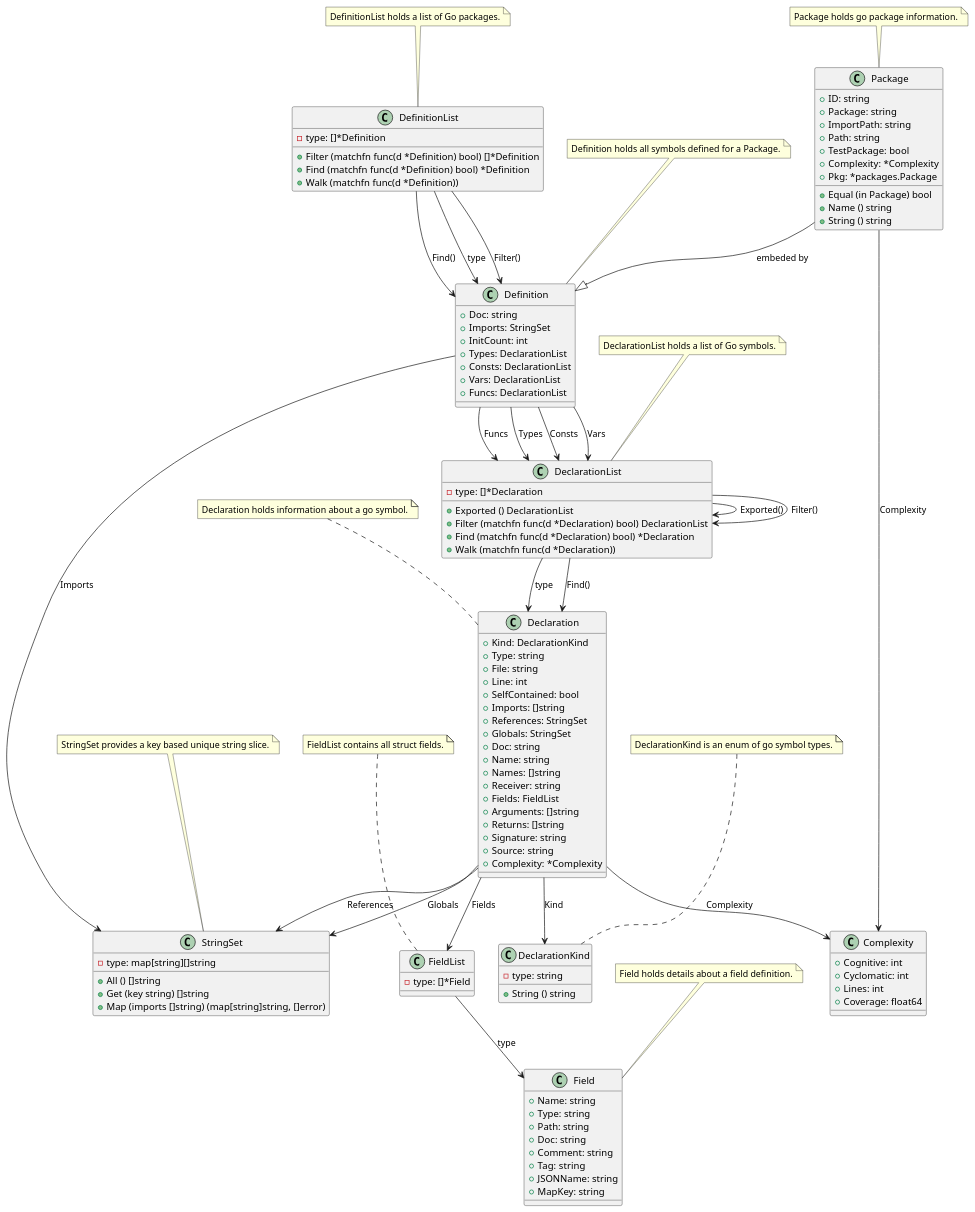
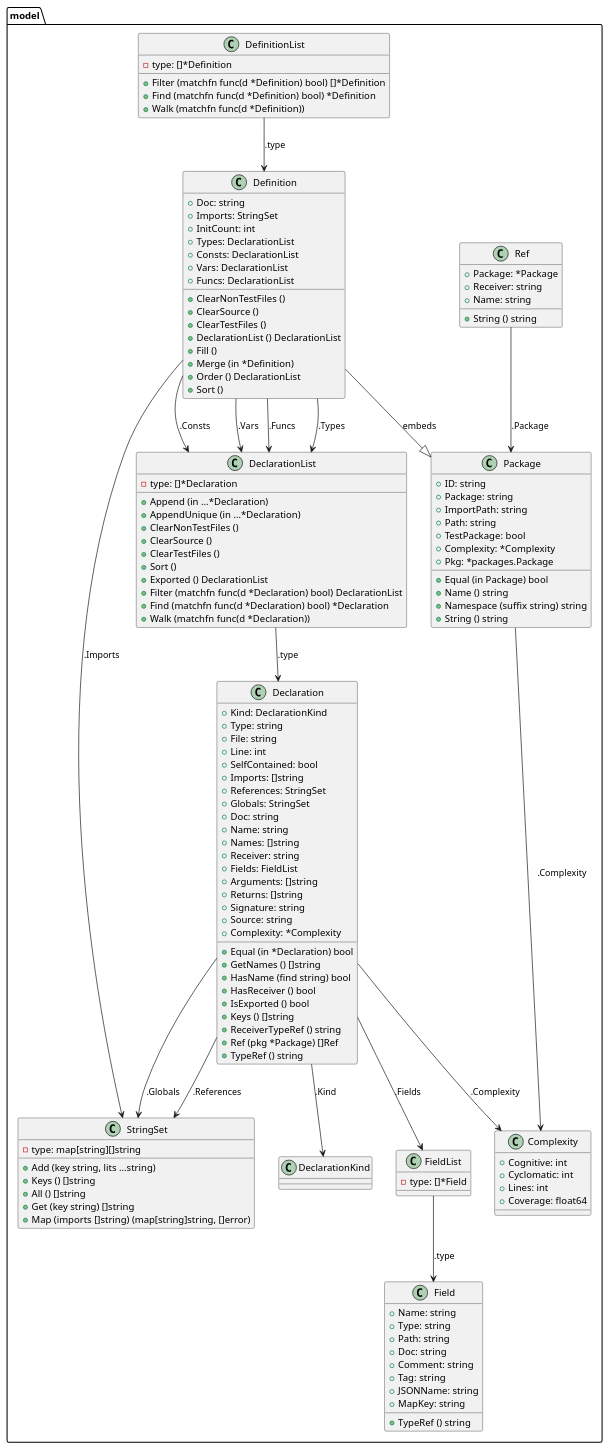
One commit to titpetric/exp changed the diagram in cmd/go-fsck/model/restored/go-fsck.puml. Above: the diagram before and after it, drawn with PlantUML. The commit also changed 29 other files, not shown here.

```diff
--- a/cmd/go-fsck/model/restored/go-fsck.puml
+++ b/cmd/go-fsck/model/restored/go-fsck.puml
@@ -1,172 +1,152 @@
 @startuml
 
-class Complexity {
+class "model.Complexity" {
   + Cognitive: int
   + Cyclomatic: int
   + Lines: int
   + Coverage: float64
 }
 
-class Declaration {
+class "model.Declaration" {
   + Kind: DeclarationKind
   + Type: string
   + File: string
   + Line: int
   + SelfContained: bool
   + Imports: []string
   + References: StringSet
   + Globals: StringSet
   + Doc: string
   + Name: string
   + Names: []string
   + Receiver: string
   + Fields: FieldList
   + Arguments: []string
   + Returns: []string
   + Signature: string
   + Source: string
   + Complexity: *Complexity
+  + Equal (in *Declaration) bool
+  + GetNames () []string
+  + HasName (find string) bool
+  + HasReceiver () bool
+  + IsExported () bool
+  + Keys () []string
+  + ReceiverTypeRef () string
+  + Ref (pkg *Package) []Ref
+  + TypeRef () string
 }
 
-class DeclarationKind {
-  - type: string
-  + String () string
-}
-
-class DeclarationList {
+class "model.DeclarationList" {
   - type: []*Declaration
+  + Append (in ...*Declaration)
+  + AppendUnique (in ...*Declaration)
+  + ClearNonTestFiles ()
+  + ClearSource ()
+  + ClearTestFiles ()
+  + Sort ()
   + Exported () DeclarationList
   + Filter (matchfn func(d *Declaration) bool) DeclarationList
   + Find (matchfn func(d *Declaration) bool) *Declaration
   + Walk (matchfn func(d *Declaration))
 }
 
-class Definition {
+class "model.Definition" {
   + Doc: string
   + Imports: StringSet
   + InitCount: int
   + Types: DeclarationList
   + Consts: DeclarationList
   + Vars: DeclarationList
   + Funcs: DeclarationList
+  + ClearNonTestFiles ()
+  + ClearSource ()
+  + ClearTestFiles ()
+  + DeclarationList () DeclarationList
+  + Fill ()
+  + Merge (in *Definition)
+  + Order () DeclarationList
+  + Sort ()
 }
 
-class DefinitionList {
+class "model.DefinitionList" {
   - type: []*Definition
   + Filter (matchfn func(d *Definition) bool) []*Definition
   + Find (matchfn func(d *Definition) bool) *Definition
   + Walk (matchfn func(d *Definition))
 }
 
-class Field {
+class "model.Field" {
   + Name: string
   + Type: string
   + Path: string
   + Doc: string
   + Comment: string
   + Tag: string
   + JSONName: string
   + MapKey: string
+  + TypeRef () string
 }
 
-class FieldList {
+class "model.FieldList" {
   - type: []*Field
 }
 
-class Package {
+class "model.Package" {
   + ID: string
   + Package: string
   + ImportPath: string
   + Path: string
   + TestPackage: bool
   + Complexity: *Complexity
   + Pkg: *packages.Package
   + Equal (in Package) bool
   + Name () string
+  + Namespace (suffix string) string
   + String () string
 }
 
-class StringSet {
+class "model.Ref" {
+  + Package: *Package
+  + Receiver: string
+  + Name: string
+  + String () string
+}
+
+class "model.StringSet" {
   - type: map[string][]string
+  + Add (key string, lits ...string)
+  + Keys () []string
   + All () []string
   + Get (key string) []string
   + Map (imports []string) (map[string]string, []error)
 }
 
 
-Declaration --> DeclarationKind : Kind
-Declaration --> StringSet : References
-Declaration --> StringSet : Globals
-Declaration --> FieldList : Fields
-Declaration --> Complexity : Complexity
+"model.Declaration" --> "model.DeclarationKind" : .Kind
+"model.Declaration" --> "model.StringSet" : .References
+"model.Declaration" --> "model.StringSet" : .Globals
+"model.Declaration" --> "model.FieldList" : .Fields
+"model.Declaration" --> "model.Complexity" : .Complexity
 
-note top of Declaration
-Declaration holds information about a go symbol.
-end note
+"model.DeclarationList" --> "model.Declaration" : .type
+
+"model.Definition" --|> "model.Package" : embeds
+"model.Definition" --> "model.StringSet" : .Imports
+"model.Definition" --> "model.DeclarationList" : .Types
+"model.Definition" --> "model.DeclarationList" : .Consts
+"model.Definition" --> "model.DeclarationList" : .Vars
+"model.Definition" --> "model.DeclarationList" : .Funcs
+
+"model.DefinitionList" --> "model.Definition" : .type
 
 
+"model.FieldList" --> "model.Field" : .type
 
-note top of DeclarationKind
-DeclarationKind is an enum of go symbol types.
-end note
+"model.Package" --> "model.Complexity" : .Complexity
 
-
-DeclarationList --> Declaration : type
-
-note top of DeclarationList
-DeclarationList holds a list of Go symbols.
-end note
-
-
-DeclarationList --> DeclarationList : Exported()
-DeclarationList --> DeclarationList : Filter()
-DeclarationList --> Declaration : Find()
-Package --|> Definition : embeded by
-Definition --> StringSet : Imports
-Definition --> DeclarationList : Types
-Definition --> DeclarationList : Consts
-Definition --> DeclarationList : Vars
-Definition --> DeclarationList : Funcs
-
-note top of Definition
-Definition holds all symbols defined for a Package.
-end note
-
-
-DefinitionList --> Definition : type
-
-note top of DefinitionList
-DefinitionList holds a list of Go packages.
-end note
-
-
-DefinitionList --> Definition : Filter()
-DefinitionList --> Definition : Find()
-
-note top of Field
-Field holds details about a field definition.
-end note
-
-
-FieldList --> Field : type
-
-note top of FieldList
-FieldList contains all struct fields.
-end note
-
-
-Package --> Complexity : Complexity
-
-note top of Package
-Package holds go package information.
-end note
-
-
-
-note top of StringSet
-StringSet provides a key based unique string slice.
-end note
+"model.Ref" --> "model.Package" : .Package
 
 
 
 @enduml
```
